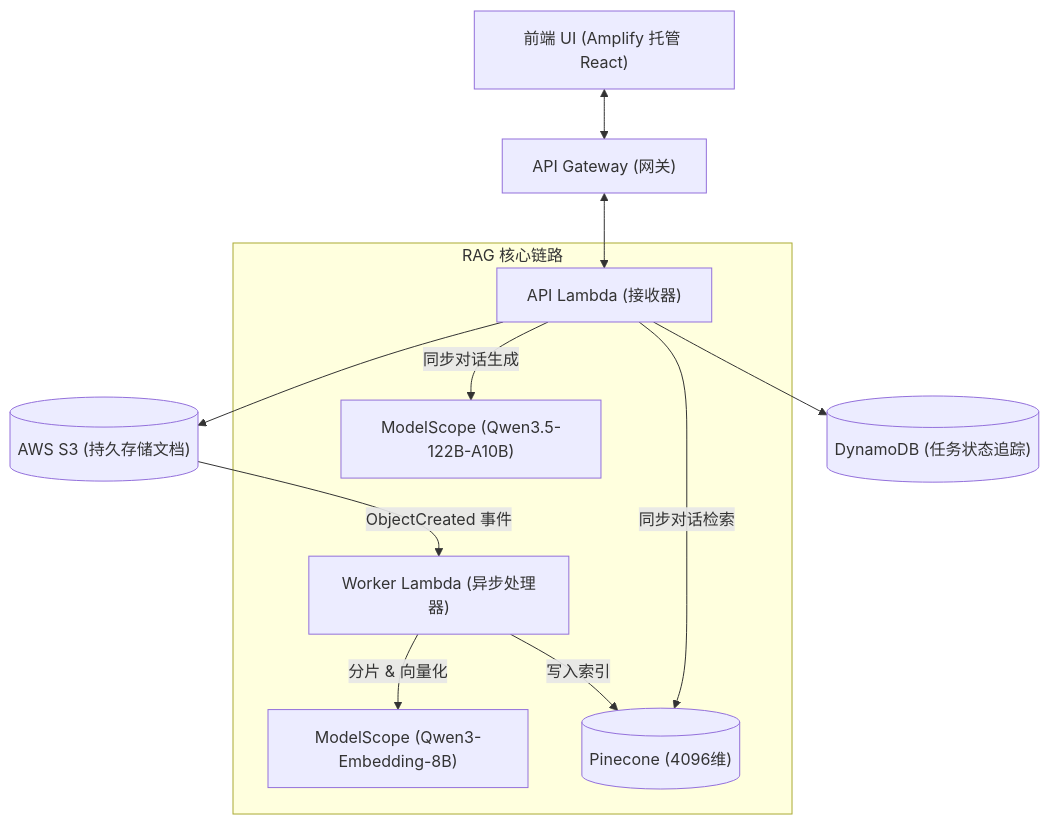
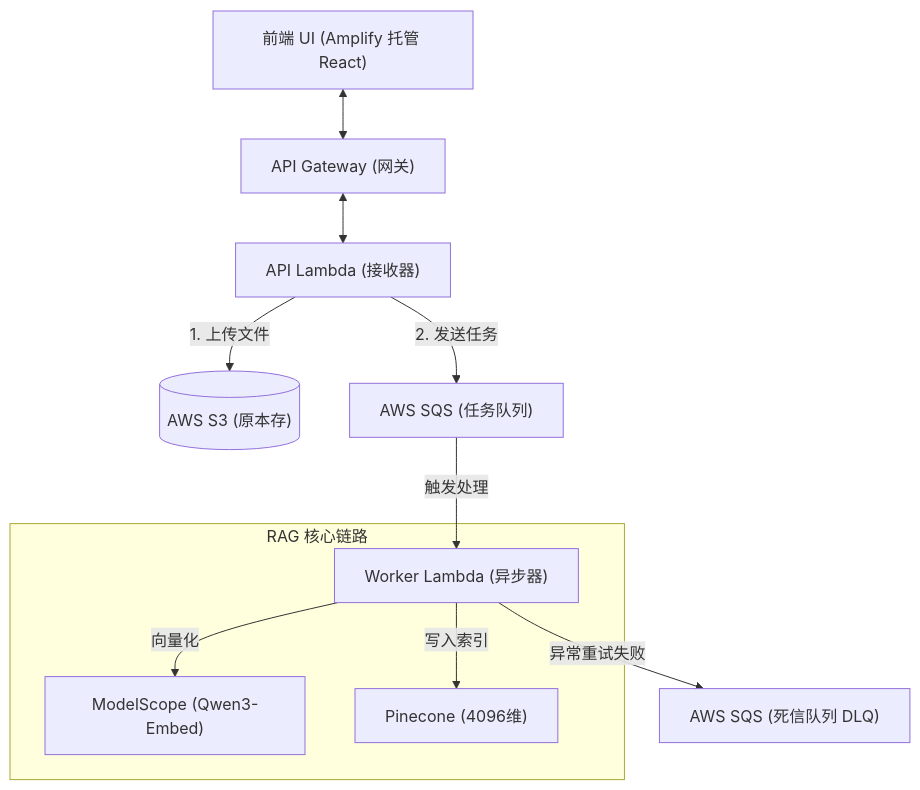
Before and after one commit to supermt1986/aws_notebooklm: the second of 5 diagrams in implementation_plan.md, drawn with Mermaid. The commit also changed other lines of this file and 4 other files, not shown here.

````diff
--- a/implementation_plan.md
+++ b/implementation_plan.md
@@ -100,18 +100,16 @@
 ```mermaid
 graph TD
     Client["前端 UI (Amplify 托管 React)"] <--> APIGW["API Gateway (网关)"]
     APIGW <--> Lambda_API["API Lambda (接收器)"]
     
-    Lambda_API --> S3[("AWS S3 (持久存储文档)")]
-    Lambda_API --> DB_Tasks[("DynamoDB (任务状态追踪)")]
+    Lambda_API -- "1. 上传文件" --> S3[("AWS S3 (原本存)")]
+    Lambda_API -- "2. 发送任务" --> SQS["AWS SQS (任务队列)"]
     
-    S3 -- "ObjectCreated 事件" --> Lambda_Worker["Worker Lambda (异步处理器)"]
+    SQS -- "触发处理" --> Lambda_Worker["Worker Lambda (异步器)"]
+    Lambda_Worker -- "异常重试失败" --> DLQ["AWS SQS (死信队列 DLQ)"]
     
     subgraph RAG 核心链路
-        Lambda_Worker -- "分片 & 向量化" --> MSE["ModelScope (Qwen3-Embedding-8B)"]
-        Lambda_Worker -- "写入索引" --> PC[("Pinecone (4096维)")]
-        
-        Lambda_API -- "同步对话检索" --> PC
-        Lambda_API -- "同步对话生成" --> MSL["ModelScope (Qwen3.5-122B-A10B)"]
+        Lambda_Worker -- "向量化" --> MSE["ModelScope (Qwen3-Embed)"]
+        Lambda_Worker -- "写入索引" --> PC["Pinecone (4096维)"]
     end
 ```
````
